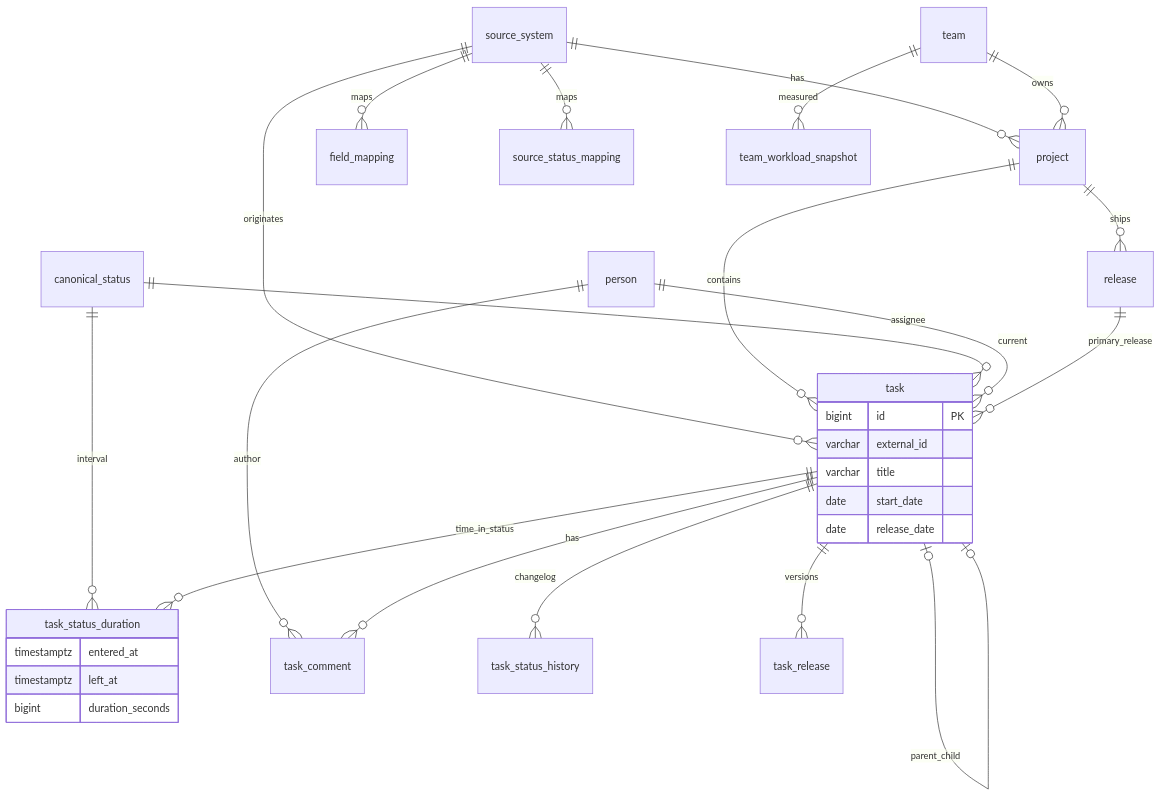
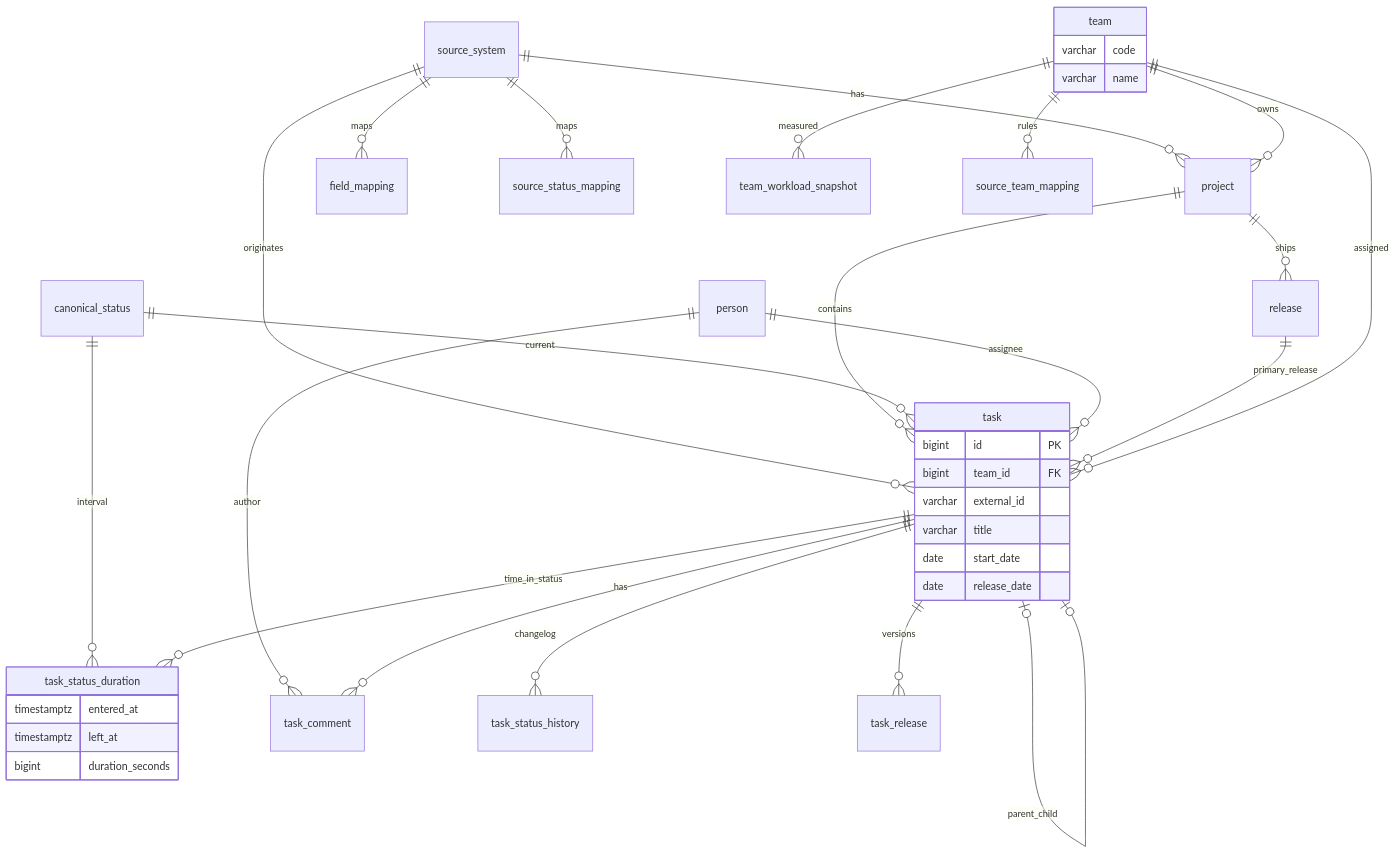
Before and after one commit to volchonok16/reporting: the second of 5 diagrams in docs/diagrams.md, drawn with Mermaid. The commit also changed 7 other files, not shown here.

````diff
--- a/docs/diagrams.md
+++ b/docs/diagrams.md
@@ -75,41 +75,50 @@
 ```mermaid
 erDiagram
     source_system ||--o{ project : has
     source_system ||--o{ task : originates
     source_system ||--o{ field_mapping : maps
     source_system ||--o{ source_status_mapping : maps
 
     team ||--o{ project : owns
     team ||--o{ team_workload_snapshot : measured
 
     project ||--o{ task : contains
     project ||--o{ release : ships
 
     canonical_status ||--o{ task : current
     canonical_status ||--o{ task_status_duration : interval
 
     person ||--o{ task : assignee
     person ||--o{ task_comment : author
 
     task ||--o{ task_comment : has
     task ||--o{ task_status_history : changelog
     task ||--o{ task_status_duration : time_in_status
     task ||--o{ task_release : versions
     task |o--o| task : parent_child
 
     release ||--o{ task : primary_release
 
+    team ||--o{ task : assigned
+    team ||--o{ source_team_mapping : rules
+
     task {
         bigint id PK
+        bigint team_id FK
         varchar external_id
         varchar title
         date start_date
         date release_date
+    }
+
+    team {
+        varchar code
+        varchar name
     }
 
     task_status_duration {
         timestamptz entered_at
         timestamptz left_at
         bigint duration_seconds
     }
 ```
````
